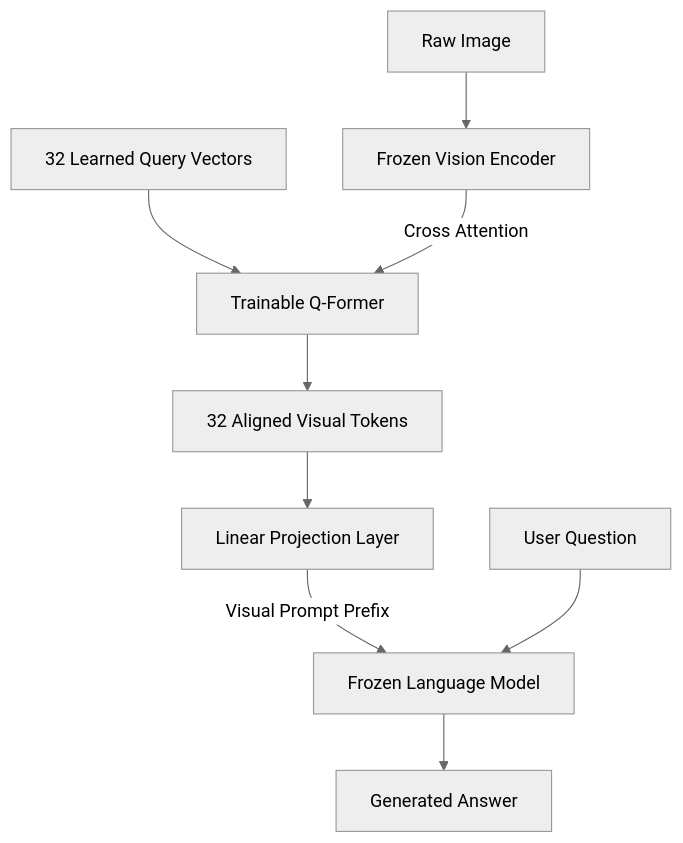
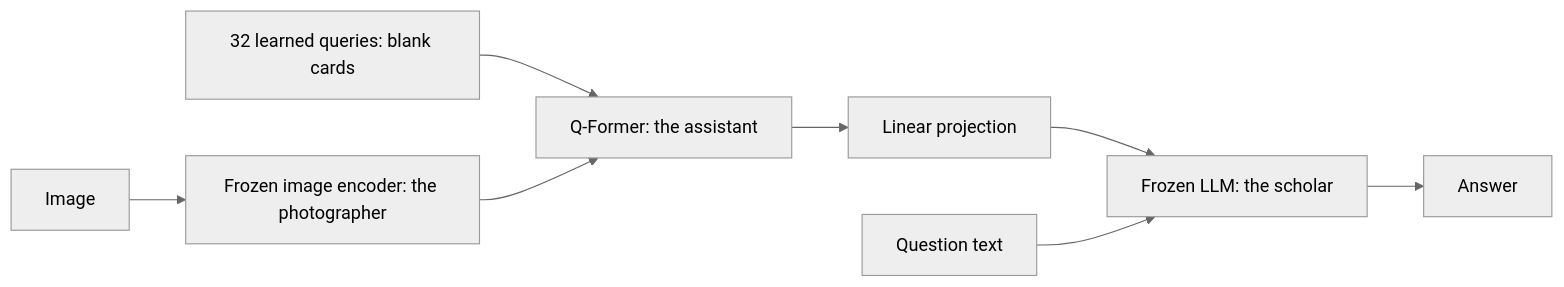
The diagram in content/papers/blip-2-bootstrapping-language-image-pre-training-with-frozen.md (Tarunsai08/PaperStack), drawn with Mermaid (neutral theme) before and after one commit. The commit also changed other lines of this file and 9 other files, not shown here.

````diff
--- a/content/papers/blip-2-bootstrapping-language-image-pre-training-with-frozen.md
+++ b/content/papers/blip-2-bootstrapping-language-image-pre-training-with-frozen.md
@@ -117,11 +82,10 @@
 ```mermaid
-flowchart TD
-    Img[Raw Image] --> VisEnc[Frozen Vision Encoder]
-    Queries[32 Learned Query Vectors] --> QF[Trainable Q-Former]
-    VisEnc -->|Cross Attention| QF
-    QF --> Bottleneck[32 Aligned Visual Tokens]
-    Bottleneck --> Proj[Linear Projection Layer]
-    Proj -->|Visual Prompt Prefix| LLM[Frozen Language Model]
-    UserQ[User Question] --> LLM
-    LLM --> OutAns[Generated Answer]
+flowchart LR
+  I[Image] --> E[Frozen image encoder: the photographer]
+  Q[32 learned queries: blank cards] --> F[Q-Former: the assistant]
+  E --> F
+  F --> P[Linear projection]
+  P --> L[Frozen LLM: the scholar]
+  T[Question text] --> L
+  L --> A[Answer]
 ```
````
